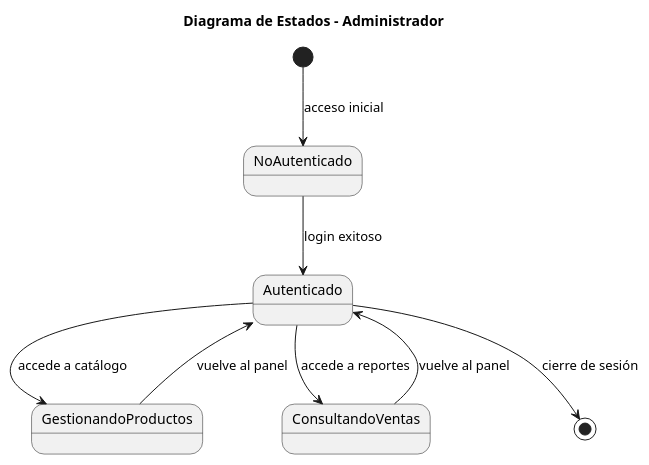
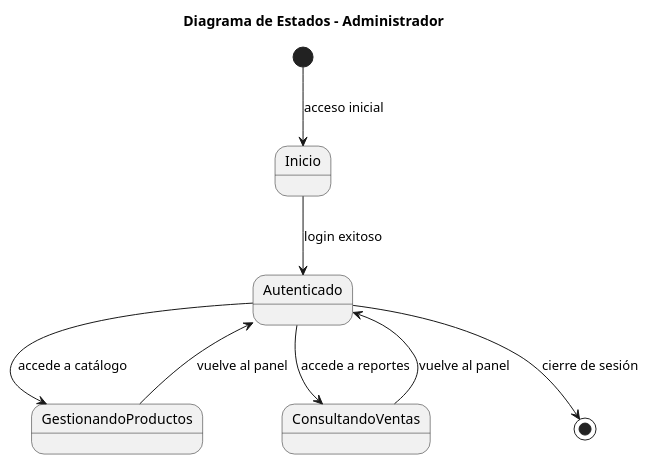
One commit to Luci1274/plant changed the diagram in Final_ing2/Diagrama_estado_Gonzalez_administrador.puml. Above: the diagram before and after it, drawn with PlantUML. The commit also changed 19 other files, not shown here.

```diff
--- a/Final_ing2/Diagrama_estado_Gonzalez_administrador.puml
+++ b/Final_ing2/Diagrama_estado_Gonzalez_administrador.puml
@@ -1,12 +1,12 @@
 @startuml
 title Diagrama de Estados - Administrador
 
-[*] --> NoAutenticado : acceso inicial
-NoAutenticado --> Autenticado : login exitoso
+[*] --> Inicio : acceso inicial
+Inicio --> Autenticado : login exitoso
 Autenticado --> GestionandoProductos : accede a catálogo
 GestionandoProductos --> Autenticado : vuelve al panel
 Autenticado --> ConsultandoVentas : accede a reportes
 ConsultandoVentas --> Autenticado : vuelve al panel
 Autenticado --> [*] : cierre de sesión
 
 @enduml
```
